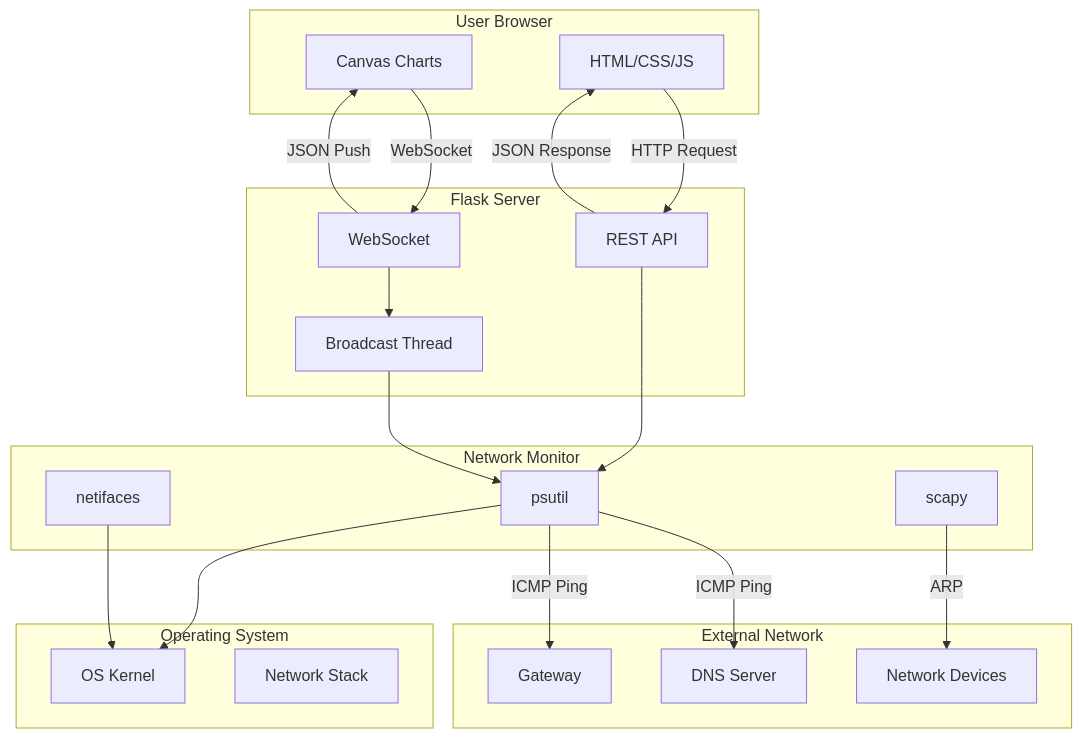
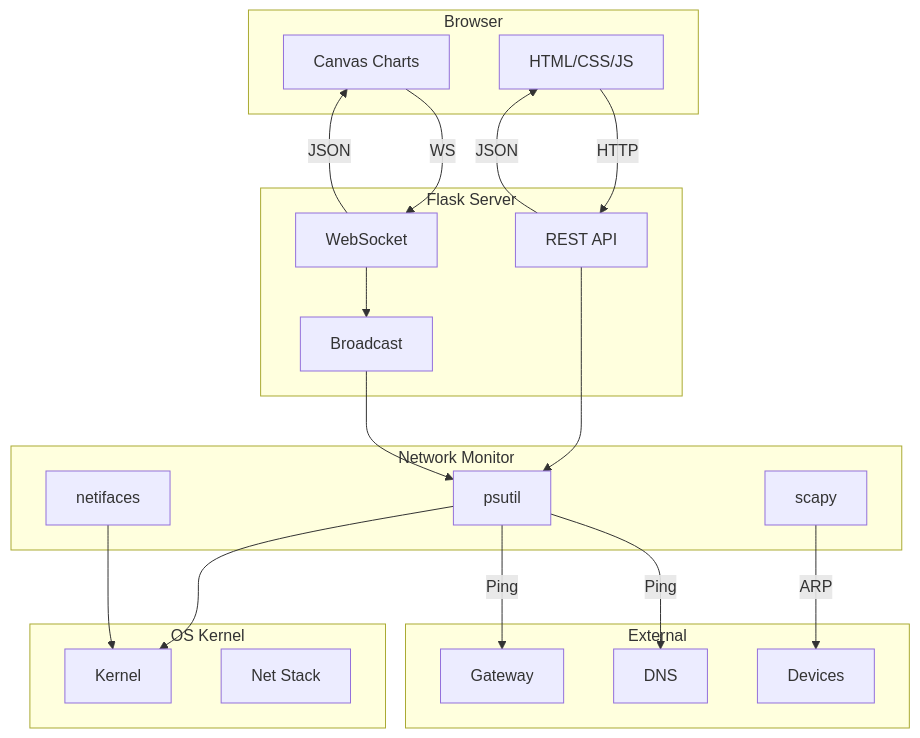
The first of 4 diagrams in docs/submission.md (envsecure/network_project), drawn with Mermaid before and after one commit. The commit also changed other lines of this file, not shown here.

````diff
--- a/docs/submission.md
+++ b/docs/submission.md
@@ -61,43 +61,38 @@
 ```mermaid
 graph TB
-    subgraph Frontend["User Browser"]
+    subgraph FE["Browser"]
         A1[HTML/CSS/JS]
         A2[Canvas Charts]
     end
-
-    subgraph Backend["Flask Server"]
+    subgraph BE["Flask Server"]
         B1[REST API]
         B2[WebSocket]
-        B3[Broadcast Thread]
+        B3[Broadcast]
     end
-
-    subgraph Monitor["Network Monitor"]
+    subgraph NM["Network Monitor"]
         C1[psutil]
         C2[netifaces]
         C3[scapy]
     end
-
-    subgraph OS["Operating System"]
-        D1[OS Kernel]
-        D2[Network Stack]
+    subgraph OS["OS Kernel"]
+        D1[Kernel]
+        D2[Net Stack]
     end
-
-    subgraph External["External Network"]
+    subgraph EXT["External"]
         E1[Gateway]
-        E2[DNS Server]
-        E3[Network Devices]
+        E2[DNS]
+        E3[Devices]
     end
-
-    A1 -->|HTTP Request| B1
-    A2 -->|WebSocket| B2
+    A1 -->|HTTP| B1
+    A2 -->|WS| B2
     B1 --> C1
     B2 --> B3
     B3 --> C1
     C1 --> D1
     C2 --> D1
     C3 -->|ARP| E3
-    C1 -->|ICMP Ping| E1
-    C1 -->|ICMP Ping| E2
-    B1 -->|JSON Response| A1
-    B2 -->|JSON Push| A2
+    C1 -->|Ping| E1
+    C1 -->|Ping| E2
+    B1 -->|JSON| A1
+    B2 -->|JSON| A2
 ```
````
